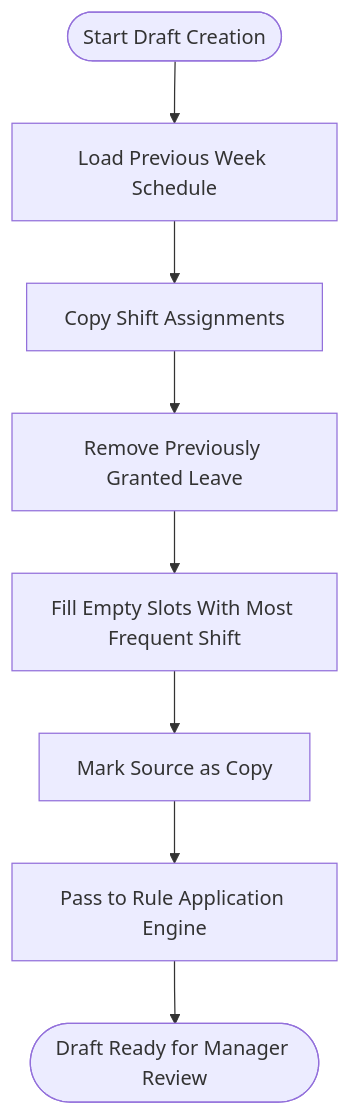
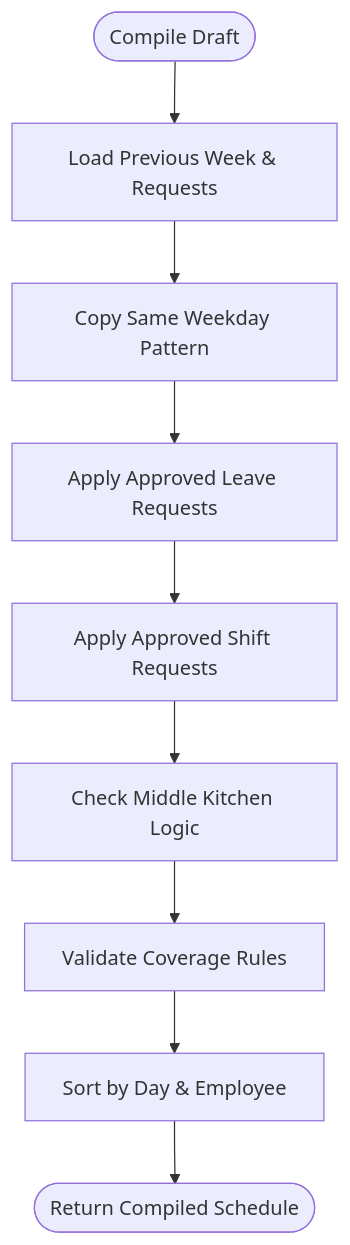
Before and after one commit to epo33m/scheduling: the second of 8 diagrams in .qoder/repowiki/en/content/Product Requirements Document/Functional Specifications/Schedule Creation Engine (F5).md, drawn with Mermaid. The commit also changed other lines of this file and 77 other files, not shown here.

````diff
--- a/.qoder/repowiki/en/content/Product Requirements Document/Functional Specifications/Schedule Creation Engine (F5).md
+++ b/.qoder/repowiki/en/content/Product Requirements Document/Functional Specifications/Schedule Creation Engine (F5).md
@@ -144,10 +95,11 @@
 ```mermaid
 flowchart TD
-Start(["Start Draft Creation"]) --> LoadPrev["Load Previous Week Schedule"]
-LoadPrev --> CopyAssignments["Copy Shift Assignments"]
-CopyAssignments --> RemoveLeave["Remove Previously Granted Leave"]
-RemoveLeave --> FillEmpty["Fill Empty Slots With Most Frequent Shift"]
-FillEmpty --> MarkSource["Mark Source as Copy"]
-MarkSource --> ApplyRules["Pass to Rule Application Engine"]
-ApplyRules --> End(["Draft Ready for Manager Review"])
+Start(["Compile Draft"]) --> LoadData["Load Previous Week & Requests"]
+LoadData --> CopyWeek["Copy Same Weekday Pattern"]
+CopyWeek --> ApplyLeave["Apply Approved Leave Requests"]
+ApplyLeave --> ApplyShifts["Apply Approved Shift Requests"]
+ApplyShifts --> CheckMiddle["Check Middle Kitchen Logic"]
+CheckMiddle --> ValidateCoverage["Validate Coverage Rules"]
+ValidateCoverage --> SortOutput["Sort by Day & Employee"]
+SortOutput --> End(["Return Compiled Schedule"])
 ```
````
